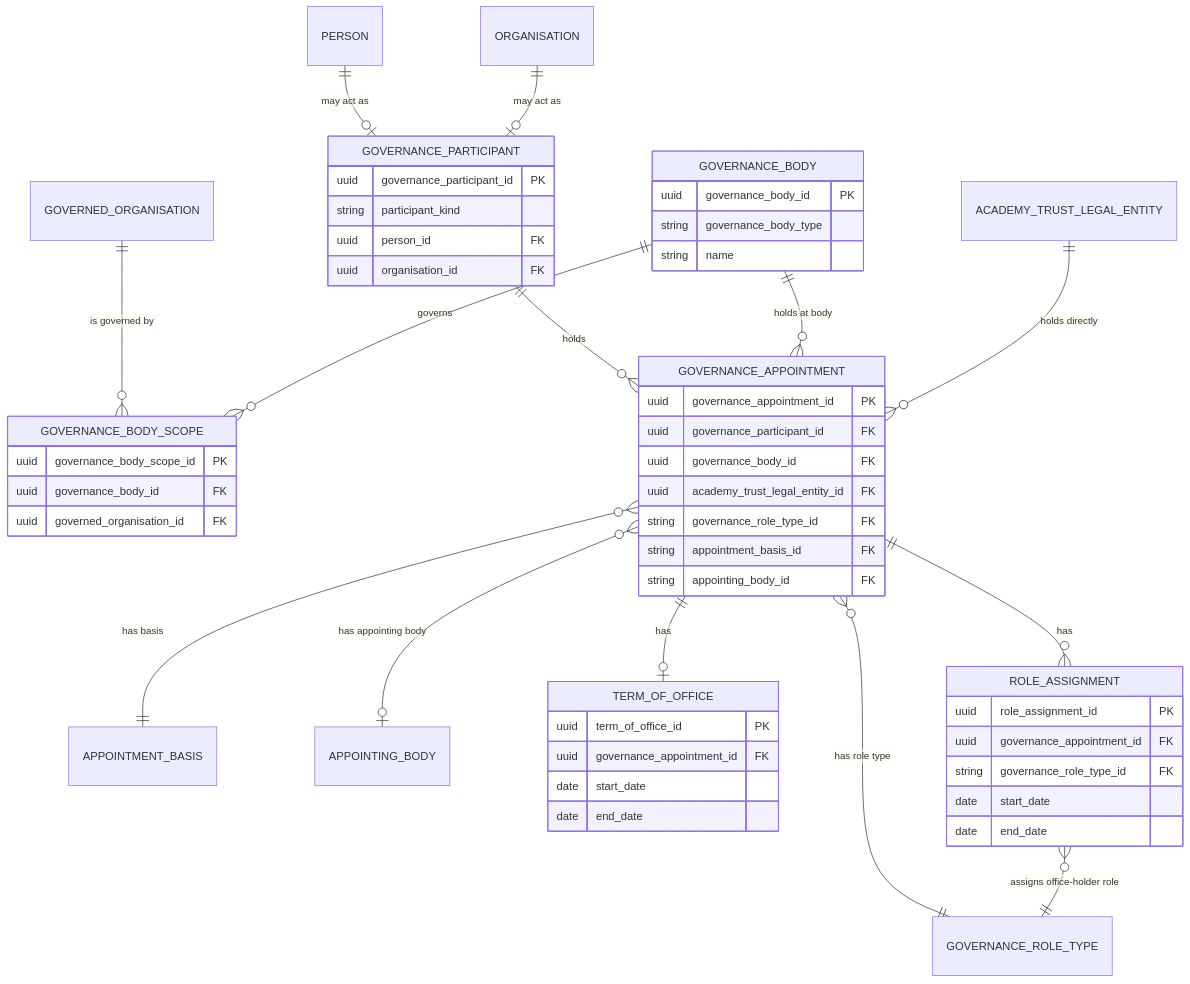
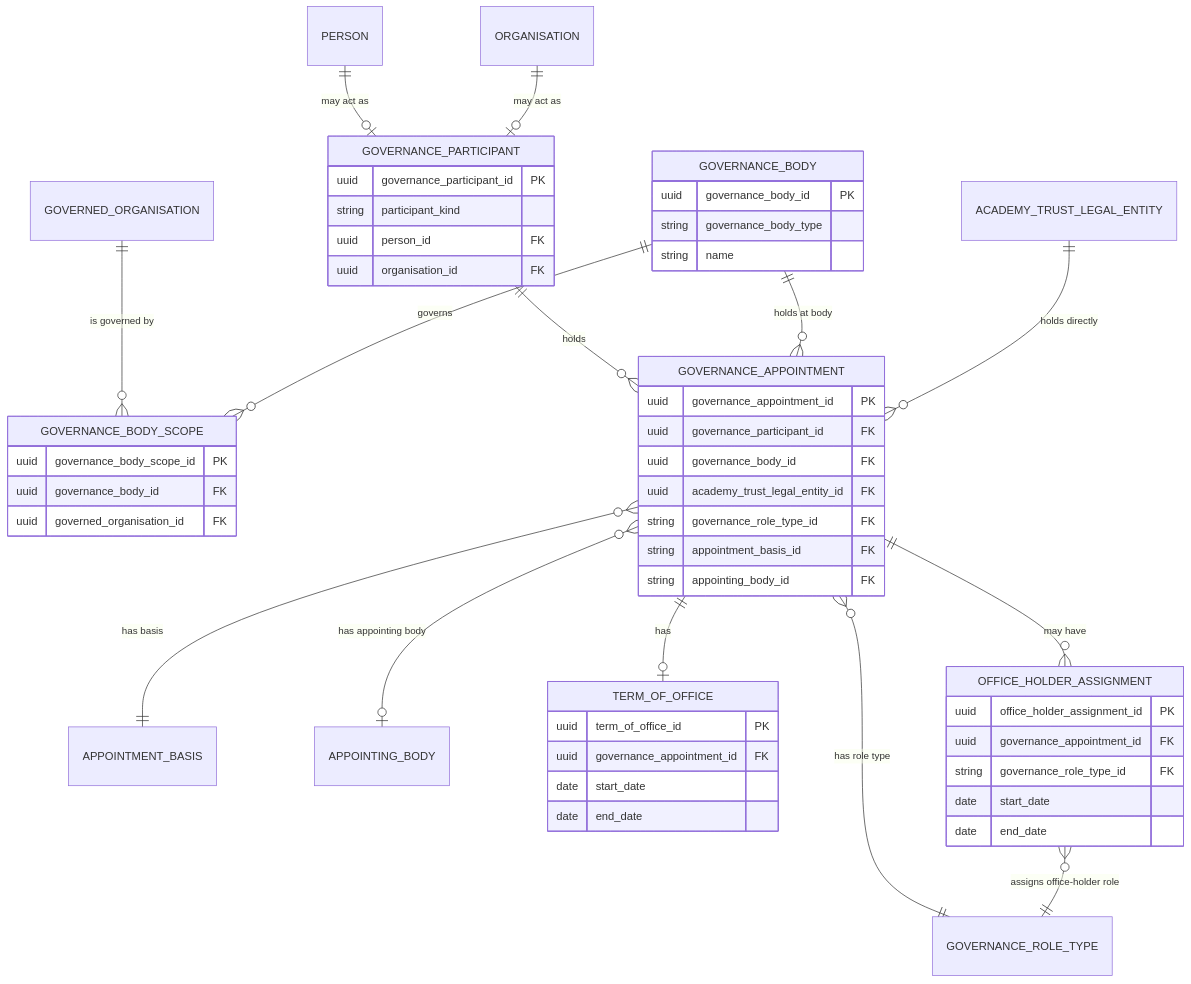
Before and after one commit to DFE-Digital/education-provider-registry-docs: the diagram in models/logical/governance/current-governance-appointments-logical-model.md, drawn with Mermaid. The commit also changed other lines of this file and 6 other files, not shown here.

````diff
--- a/models/logical/governance/current-governance-appointments-logical-model.md
+++ b/models/logical/governance/current-governance-appointments-logical-model.md
@@ -45,58 +45,58 @@
 ```mermaid
 erDiagram
     PERSON ||--o| GOVERNANCE_PARTICIPANT : "may act as"
     ORGANISATION ||--o| GOVERNANCE_PARTICIPANT : "may act as"
 
     GOVERNED_ORGANISATION ||--o{ GOVERNANCE_BODY_SCOPE : "is governed by"
     GOVERNANCE_BODY ||--o{ GOVERNANCE_BODY_SCOPE : "governs"
 
     GOVERNANCE_PARTICIPANT ||--o{ GOVERNANCE_APPOINTMENT : "holds"
     GOVERNANCE_BODY ||--o{ GOVERNANCE_APPOINTMENT : "holds at body"
     ACADEMY_TRUST_LEGAL_ENTITY ||--o{ GOVERNANCE_APPOINTMENT : "holds directly"
 
     GOVERNANCE_APPOINTMENT }o--|| GOVERNANCE_ROLE_TYPE : "has role type"
     GOVERNANCE_APPOINTMENT }o--|| APPOINTMENT_BASIS : "has basis"
     GOVERNANCE_APPOINTMENT }o--o| APPOINTING_BODY : "has appointing body"
     GOVERNANCE_APPOINTMENT ||--o| TERM_OF_OFFICE : "has"
-    GOVERNANCE_APPOINTMENT ||--o{ ROLE_ASSIGNMENT : "has"
-    ROLE_ASSIGNMENT }o--|| GOVERNANCE_ROLE_TYPE : "assigns office-holder role"
+    GOVERNANCE_APPOINTMENT ||--o{ OFFICE_HOLDER_ASSIGNMENT : "may have"
+    OFFICE_HOLDER_ASSIGNMENT }o--|| GOVERNANCE_ROLE_TYPE : "assigns office-holder role"
 
     GOVERNANCE_PARTICIPANT {
         uuid governance_participant_id PK
         string participant_kind
         uuid person_id FK
         uuid organisation_id FK
     }
     GOVERNANCE_BODY {
         uuid governance_body_id PK
         string governance_body_type
         string name
     }
     GOVERNANCE_BODY_SCOPE {
         uuid governance_body_scope_id PK
         uuid governance_body_id FK
         uuid governed_organisation_id FK
     }
     GOVERNANCE_APPOINTMENT {
         uuid governance_appointment_id PK
         uuid governance_participant_id FK
         uuid governance_body_id FK
         uuid academy_trust_legal_entity_id FK
         string governance_role_type_id FK
         string appointment_basis_id FK
         string appointing_body_id FK
     }
     TERM_OF_OFFICE {
         uuid term_of_office_id PK
         uuid governance_appointment_id FK
         date start_date
         date end_date
     }
-    ROLE_ASSIGNMENT {
-        uuid role_assignment_id PK
+    OFFICE_HOLDER_ASSIGNMENT {
+        uuid office_holder_assignment_id PK
         uuid governance_appointment_id FK
         string governance_role_type_id FK
         date start_date
         date end_date
     }
 ```
````
